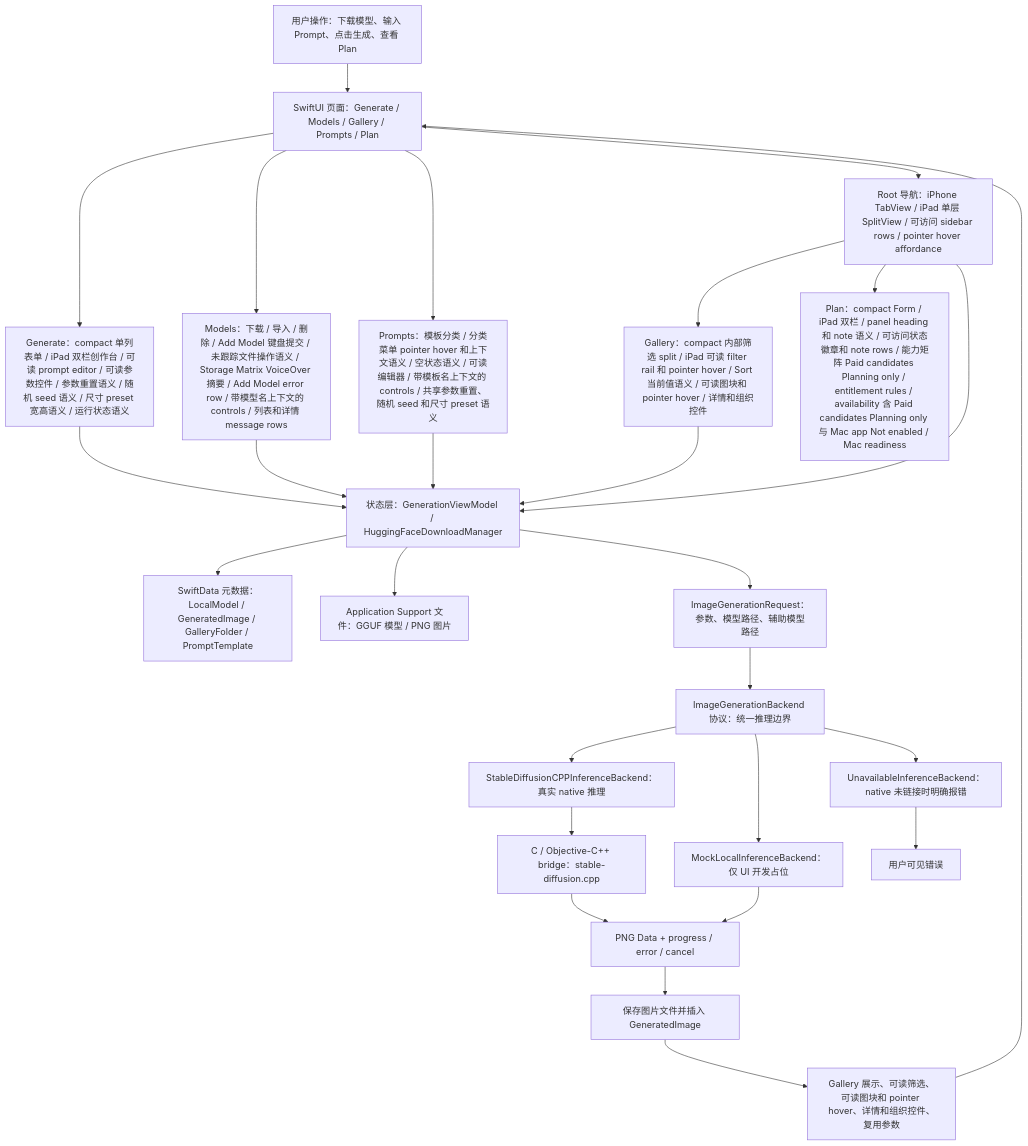
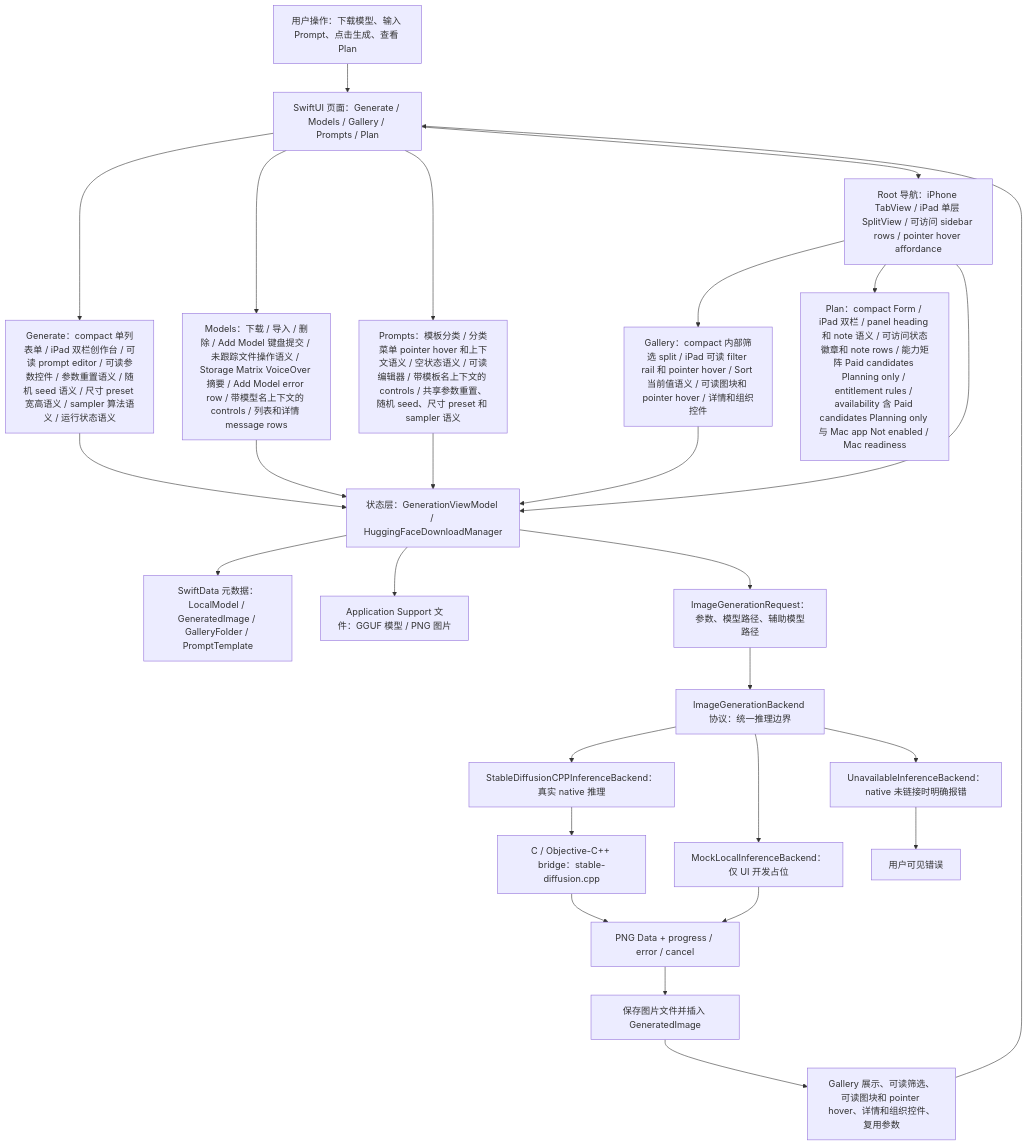
One commit to Altman-sam114/118 changed the first of 7 diagrams in md/flow/flowchart.md. Above: the diagram before and after it, drawn with Mermaid. The commit also changed 5 other files, not shown here.

````diff
--- a/md/flow/flowchart.md
+++ b/md/flow/flowchart.md
@@ -9,29 +9,29 @@
 ```mermaid
 flowchart TD
   U["用户操作：下载模型、输入 Prompt、点击生成、查看 Plan"] --> UI["SwiftUI 页面：Generate / Models / Gallery / Prompts / Plan"]
-  UI --> GENUI["Generate：compact 单列表单 / iPad 双栏创作台 / 可读 prompt editor / 可读参数控件 / 参数重置语义 / 随机 seed 语义 / 尺寸 preset 宽高语义 / 运行状态语义"]
+  UI --> GENUI["Generate：compact 单列表单 / iPad 双栏创作台 / 可读 prompt editor / 可读参数控件 / 参数重置语义 / 随机 seed 语义 / 尺寸 preset 宽高语义 / sampler 算法语义 / 运行状态语义"]
   UI --> MODELUI["Models：下载 / 导入 / 删除 / Add Model 键盘提交 / 未跟踪文件操作语义 / Storage Matrix VoiceOver 摘要 / Add Model error row / 带模型名上下文的 controls / 列表和详情 message rows"]
-  UI --> PROMPTUI["Prompts：模板分类 / 分类菜单 pointer hover 和上下文语义 / 空状态语义 / 可读编辑器 / 带模板名上下文的 controls / 共享参数重置、随机 seed 和尺寸 preset 语义"]
+  UI --> PROMPTUI["Prompts：模板分类 / 分类菜单 pointer hover 和上下文语义 / 空状态语义 / 可读编辑器 / 带模板名上下文的 controls / 共享参数重置、随机 seed、尺寸 preset 和 sampler 语义"]
   UI --> NAV["Root 导航：iPhone TabView / iPad 单层 SplitView / 可访问 sidebar rows / pointer hover affordance"]
   NAV --> GALUI["Gallery：compact 内部筛选 split / iPad 可读 filter rail 和 pointer hover / Sort 当前值语义 / 可读图块和 pointer hover / 详情和组织控件"]
   NAV --> PLANUI["Plan：compact Form / iPad 双栏 / panel heading 和 note 语义 / 可访问状态徽章和 note rows / 能力矩阵 Paid candidates Planning only / entitlement rules / availability 含 Paid candidates Planning only 与 Mac app Not enabled / Mac readiness"]
   NAV --> VM["状态层：GenerationViewModel / HuggingFaceDownloadManager"]
   GENUI --> VM
   MODELUI --> VM
   PROMPTUI --> VM
   GALUI --> VM
   VM --> SD["SwiftData 元数据：LocalModel / GeneratedImage / GalleryFolder / PromptTemplate"]
   VM --> FS["Application Support 文件：GGUF 模型 / PNG 图片"]
   VM --> REQ["ImageGenerationRequest：参数、模型路径、辅助模型路径"]
   REQ --> IFACE["ImageGenerationBackend 协议：统一推理边界"]
   IFACE --> NATIVE["StableDiffusionCPPInferenceBackend：真实 native 推理"]
   IFACE --> MOCK["MockLocalInferenceBackend：仅 UI 开发占位"]
   IFACE --> OFF["UnavailableInferenceBackend：native 未链接时明确报错"]
   NATIVE --> BRIDGE["C / Objective-C++ bridge：stable-diffusion.cpp"]
   BRIDGE --> PNG["PNG Data + progress / error / cancel"]
   MOCK --> PNG
   OFF --> ERR["用户可见错误"]
   PNG --> SAVE["保存图片文件并插入 GeneratedImage"]
   SAVE --> GALLERY["Gallery 展示、可读筛选、可读图块和 pointer hover、详情和组织控件、复用参数"]
   GALLERY --> UI
 ```
````
